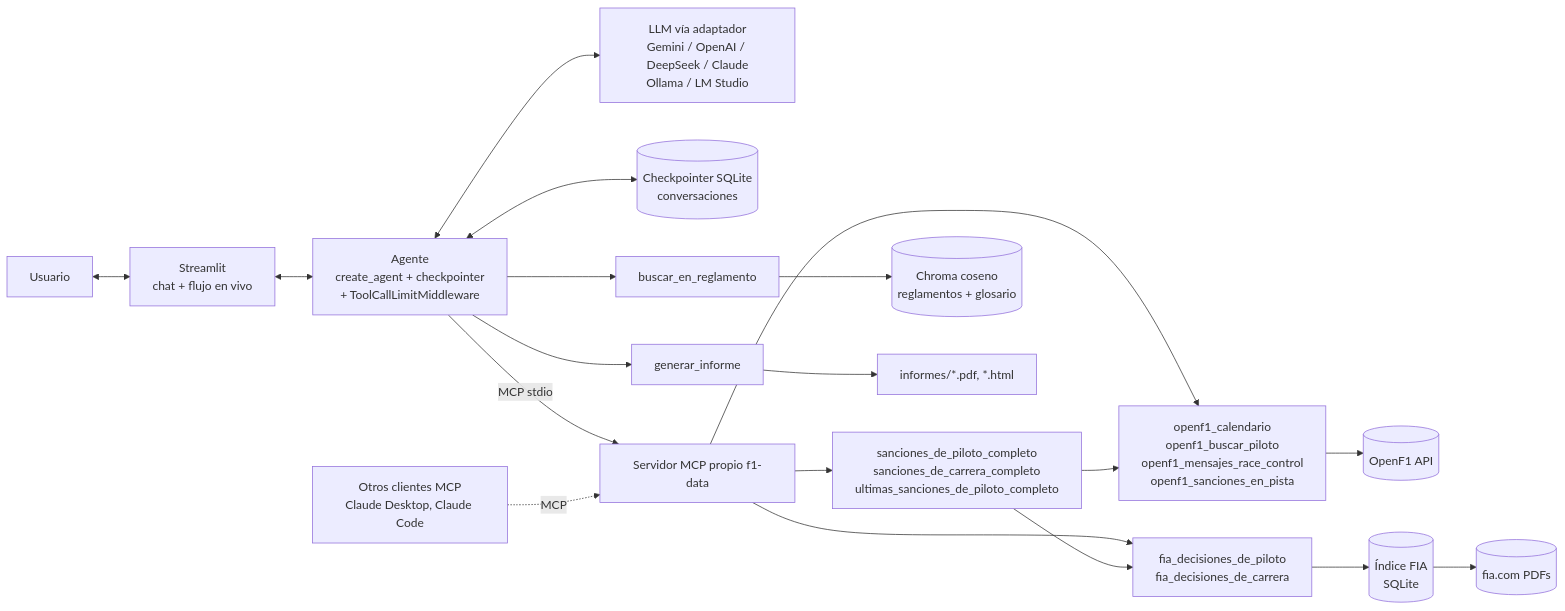
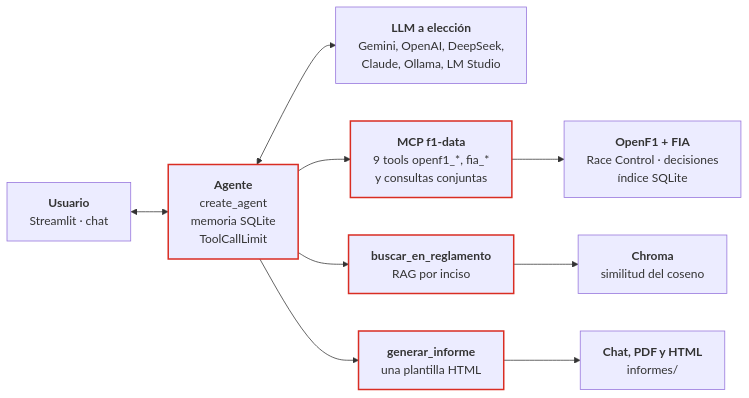
Before and after one commit to Gonzalez-Matias/f1_rag: the diagram in README.md, drawn with Mermaid. The commit also changed other lines of this file, not shown here.

````diff
--- a/README.md
+++ b/README.md
@@ -19,18 +26,16 @@
 ```mermaid
 flowchart LR
-    U[Usuario] <--> UI[Streamlit<br/>chat + flujo en vivo]
-    UI <--> A[Agente<br/>create_agent + checkpointer<br/>+ ToolCallLimitMiddleware]
-    A <--> LLM[LLM vía adaptador<br/>Gemini / OpenAI / DeepSeek / Claude<br/>Ollama / LM Studio]
-    A <--> CK[(Checkpointer SQLite<br/>conversaciones)]
-    A -- MCP stdio --> S[Servidor MCP propio f1-data]
-    S --> T1[openf1_calendario<br/>openf1_buscar_piloto<br/>openf1_mensajes_race_control<br/>openf1_sanciones_en_pista]
-    S --> T2[fia_decisiones_de_piloto<br/>fia_decisiones_de_carrera]
-    S --> T5[sanciones_de_piloto_completo<br/>sanciones_de_carrera_completo<br/>ultimas_sanciones_de_piloto_completo] --> T1 & T2
-    A --> T3[buscar_en_reglamento]
-    A --> T4[generar_informe]
-    T1 --> OF[(OpenF1 API)]
-    T2 --> FC[(Índice FIA<br/>SQLite)] --> FIA[(fia.com PDFs)]
-    T3 --> CH[(Chroma coseno<br/>reglamentos + glosario)]
-    T4 --> MD[informes/*.pdf, *.html]
-    OTRO[Otros clientes MCP<br/>Claude Desktop, Claude Code] -. MCP .-> S
+    U["<b>Usuario</b><br/>Streamlit · chat"] <--> A["<b>Agente</b><br/>create_agent<br/>memoria SQLite<br/>ToolCallLimit"]
+    A <--> L["<b>LLM a elección</b><br/>Gemini, OpenAI, DeepSeek,<br/>Claude, Ollama, LM Studio"]
+
+    A --> M["<b>MCP f1-data</b><br/>9 tools openf1_*, fia_*<br/>y consultas conjuntas"]
+    A --> R["<b>buscar_en_reglamento</b><br/>RAG por inciso"]
+    A --> I["<b>generar_informe</b><br/>una plantilla HTML"]
+
+    M --> D["<b>OpenF1 + FIA</b><br/>Race Control · decisiones<br/>índice SQLite"]
+    R --> C["<b>Chroma</b><br/>similitud del coseno"]
+    I --> O["<b>Chat, PDF y HTML</b><br/>informes/"]
+
+    classDef tool stroke:#d92d23,stroke-width:2px
+    class A,M,R,I tool
 ```
````
